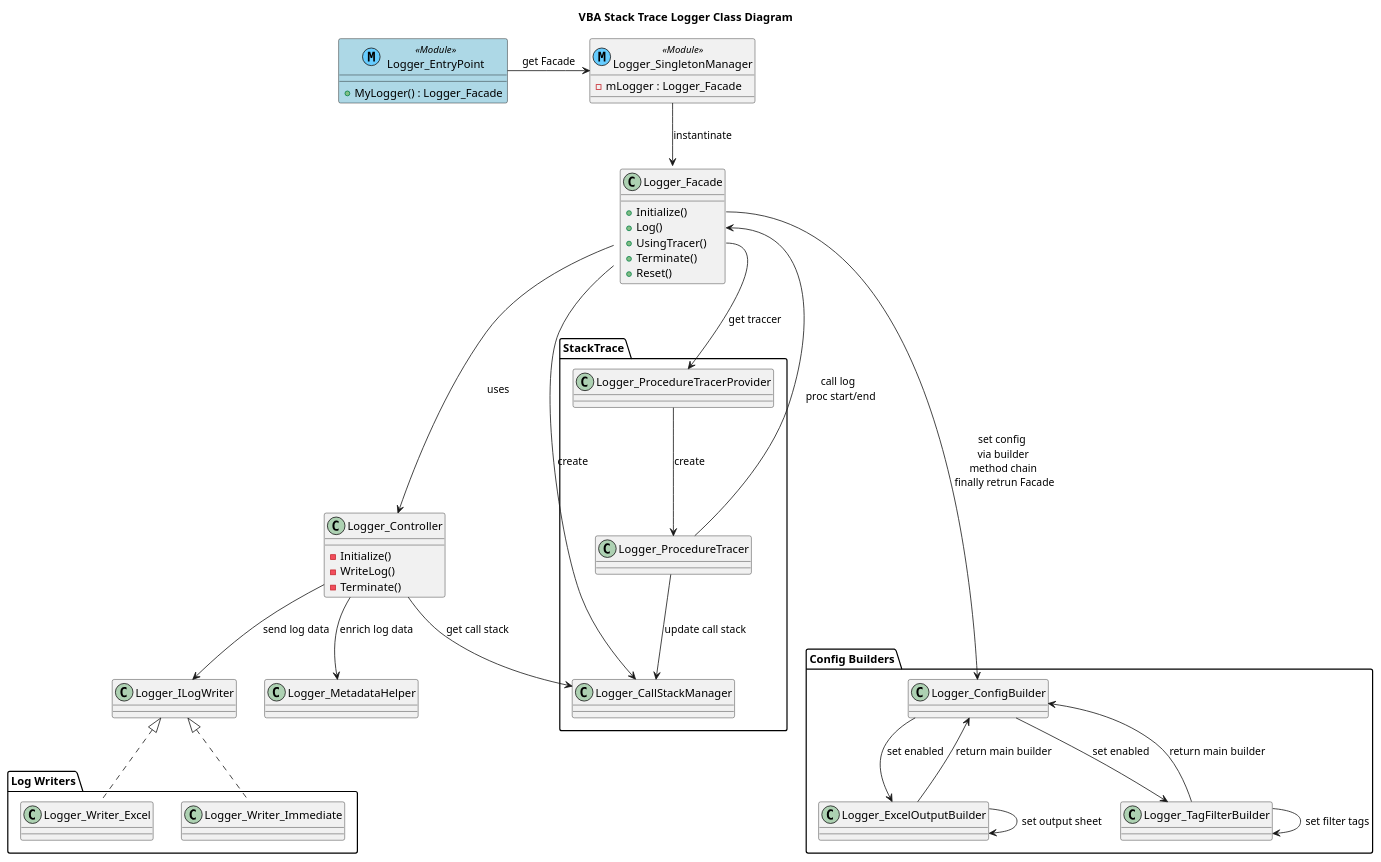
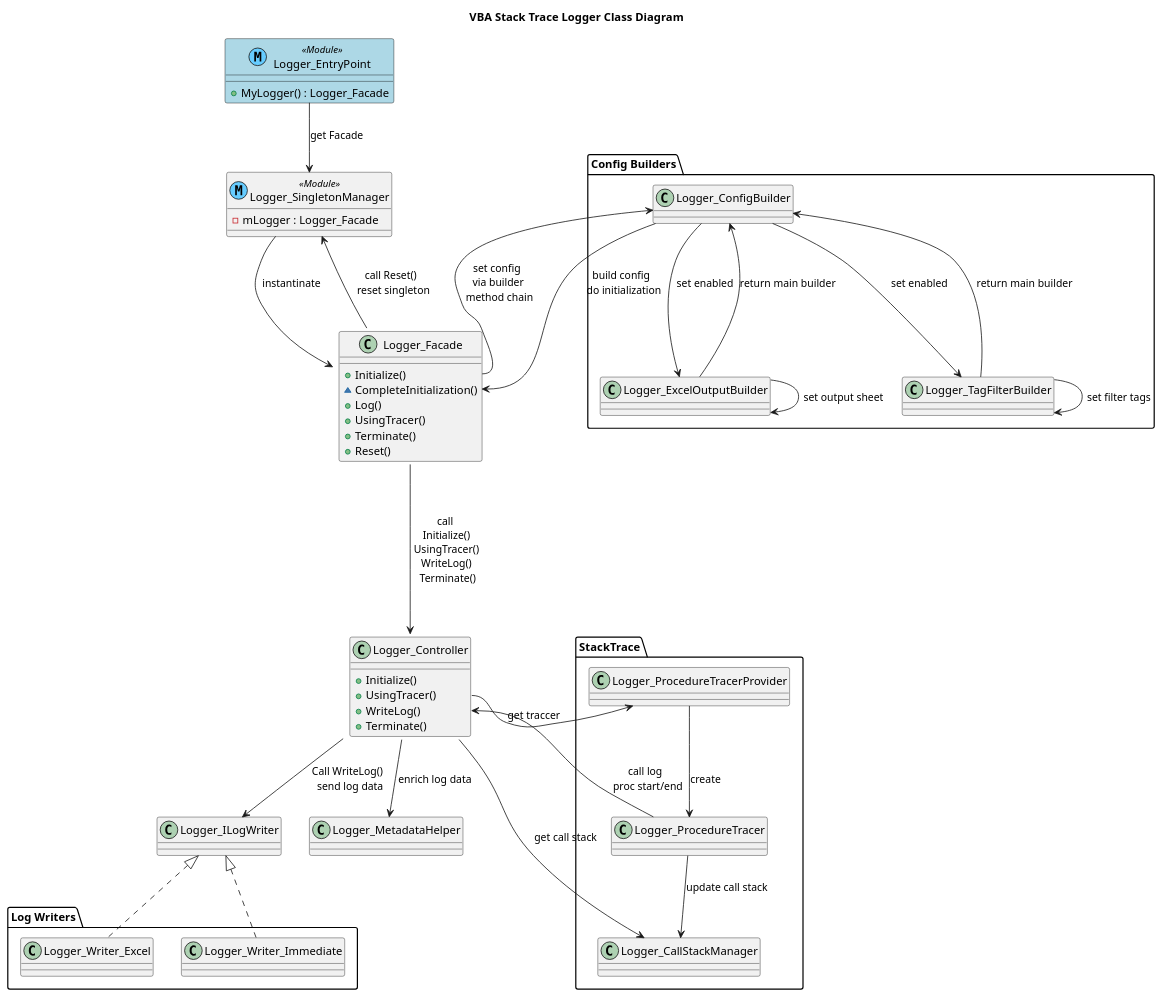
The diagram in docs/クラス図.puml (ryuryu333/vba_stack_trace_logger), drawn with PlantUML before and after one commit. The commit also changed 1 other file, not shown here.

Commit message:
クラス図更新

```diff
--- a/docs/クラス図.puml
+++ b/docs/クラス図.puml
@@ -1,116 +1,120 @@
 @startuml Class Diagram
 title VBA Stack Trace Logger Class Diagram
 
 ' User use logger through Logger_EntryPoint.MyLogger
 ' e.g. MyLogger.Log "Message"
 class Logger_EntryPoint << (M,66CCFF) Module >> #LightBlue ##black {
     + MyLogger() : Logger_Facade
 }
 
 class Logger_SingletonManager << (M,66CCFF) Module >> {
     - mLogger : Logger_Facade
 }
 
 ' Logger API
 class Logger_Facade {
     + Initialize()
+    ~ CompleteInitialization()
     + Log()
     + UsingTracer()
     + Terminate()
     + Reset()
 }
 
-Logger_EntryPoint -> Logger_SingletonManager : get Facade
+Logger_EntryPoint --> Logger_SingletonManager : get Facade
 Logger_SingletonManager --> Logger_Facade : instantinate
+Logger_Facade --> Logger_SingletonManager : call Reset() \n reset singleton
 
 ' Logger main logic
 ' e.g. "Logger_Facade.log" call "Logger_Controller.WriteLog"
 class Logger_Controller {
-    - Initialize()
-    - WriteLog()
-    - Terminate()
+    + Initialize()
+    + UsingTracer()
+    + WriteLog()
+    + Terminate()
 }
 
-Logger_Facade ---> Logger_Controller : uses
+Logger_Facade ---> Logger_Controller : call \n Initialize() \n UsingTracer() \n WriteLog() \n Terminate()
 
 ' User initialize logger through Logger_Facade.Initialize
 ' Setting values are defined through builders
 ' e.g. MyLogger.Initialize.EnabledStckTrace.Build
 package "Config Builders" {
     ' Main builder
     class Logger_ConfigBuilder {
     }
     ' Sub builders
     ' When user call "Logger_ConfigBuilder.EnableWriteToExcelSheet",
     ' next chain is only "Logger_ExcelOutputBuilder.SetOutputExcelSheet"
     class Logger_ExcelOutputBuilder {
     }
     class Logger_TagFilterBuilder {
     }
 }
 
-Logger_Facade::Initialize ----> Logger_ConfigBuilder : set config \n via builder \n method chain \n finally retrun Facade
+Logger_Facade::Initialize --> Logger_ConfigBuilder : set config \n via builder \n method chain
 
 Logger_ConfigBuilder --> Logger_ExcelOutputBuilder : set enabled
 Logger_ExcelOutputBuilder --> Logger_ExcelOutputBuilder : set output sheet
 Logger_ExcelOutputBuilder --> Logger_ConfigBuilder : return main builder
 
 Logger_ConfigBuilder --> Logger_TagFilterBuilder : set enabled
 Logger_TagFilterBuilder --> Logger_TagFilterBuilder : set filter tags
 Logger_TagFilterBuilder --> Logger_ConfigBuilder : return main builder
+
+Logger_ConfigBuilder --> Logger_Facade::CompleteInitialization : build config \n do initialization
 
 ' Enrich log data with metadata
 class Logger_MetadataHelper {
 }
 
 Logger_Controller --> Logger_MetadataHelper : enrich log data
 
 ' Strategy pattern
 class Logger_ILogWriter {
 }
 package "Log Writers" {
     class Logger_Writer_Excel {
     }
     class Logger_Writer_Immediate {
     }
 }
 
-Logger_Controller --> Logger_ILogWriter : send log data
+Logger_Controller --> Logger_ILogWriter : Call WriteLog() \n send log data
 Logger_ILogWriter <|.. Logger_Writer_Excel
 Logger_ILogWriter <|.. Logger_Writer_Immediate
 
 package "StackTrace" {
     ' Manages call stack information
     class Logger_CallStackManager {
     }
     ' Trace procedure start/end, and call methods
     ' Like RAII, catch start via constructor, end via destructor
     ' User instance this class in procedure first scope
     ' e.g. Dim scopeGuard = MyLogger.UsingTracer("ModuleName", "ProcedureName")
     class Logger_ProcedureTracer {
     }
     ' Provides procedure tracer instance
     class Logger_ProcedureTracerProvider {
     }
 
-    Logger_Facade --> Logger_CallStackManager : create
-    Logger_Facade::UsingTracer ----> Logger_ProcedureTracerProvider : get traccer
+    Logger_Controller ---> Logger_CallStackManager : get call stack
+    Logger_Controller::UsingTracer ---> Logger_ProcedureTracerProvider : get traccer
     Logger_ProcedureTracerProvider --> Logger_ProcedureTracer : create
     Logger_ProcedureTracer --> Logger_CallStackManager : update call stack
-    Logger_ProcedureTracer --> Logger_Facade::Log : call log \n proc start/end
-    Logger_Controller --> Logger_CallStackManager : get call stack
+    Logger_ProcedureTracer --> Logger_Controller::WriteLog  : call log \n proc start/end
 }
 
 remove @unlinked
 '===  hidden classes ===
 class Logger_LogInfoStruct {
 }
 class Logger_ConfigStruct {
 }
 class Logger_DataStruct << (M,66CCFF) Module >> #LightBlue ##black{
     + LoggerLogTag : Enum
 }
 class Logger_Constants {
 }
 
 @enduml
```
